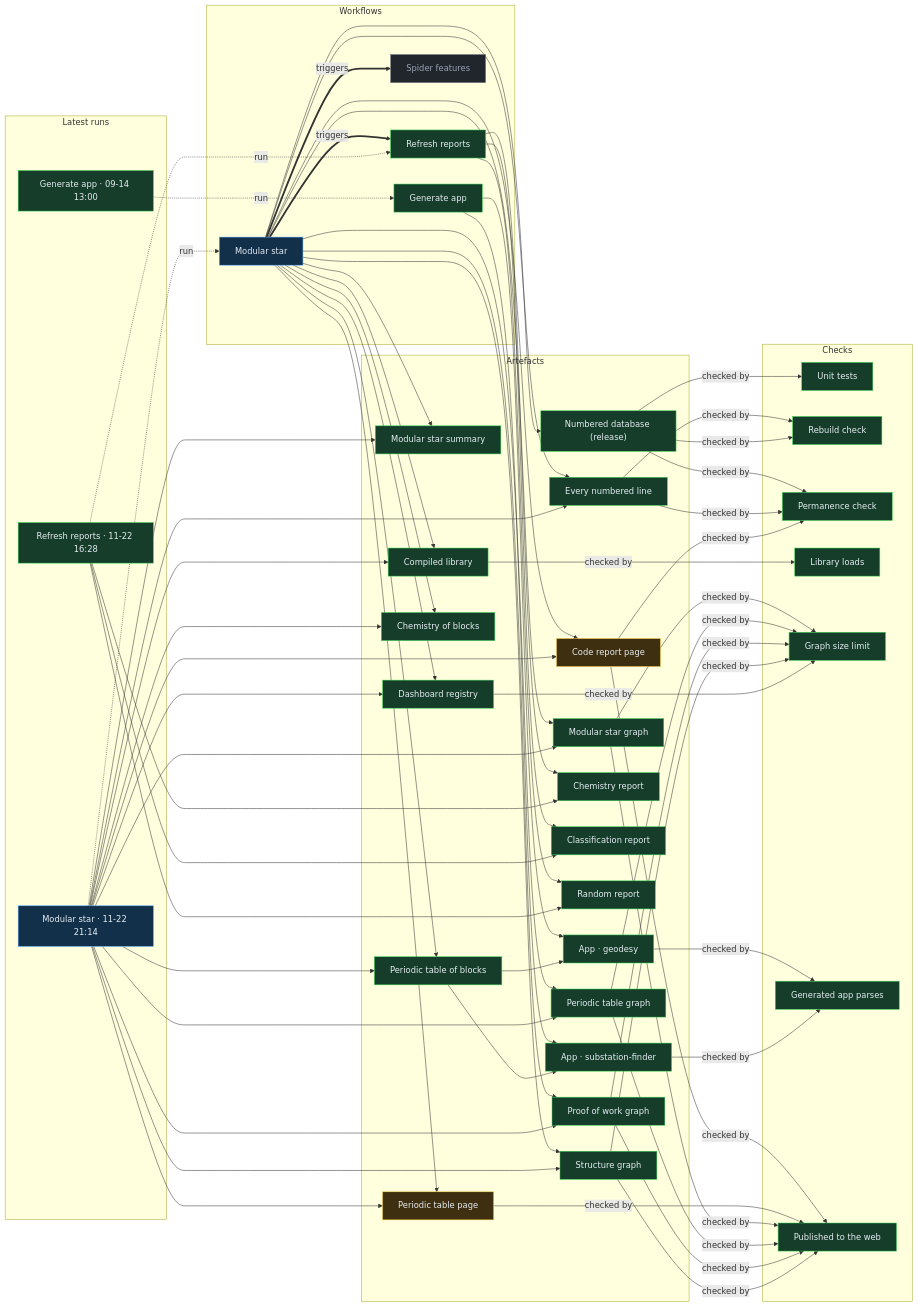
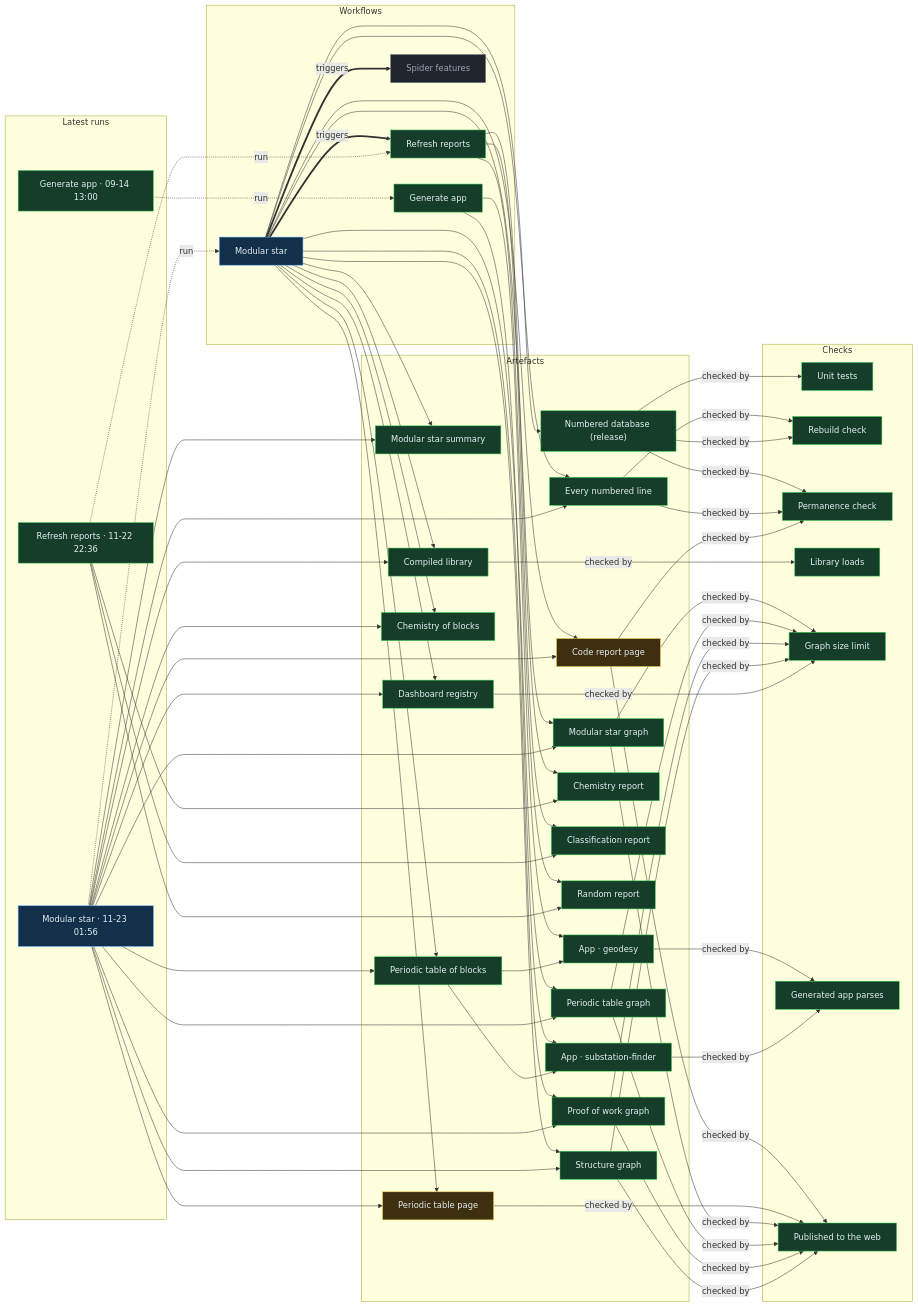
One commit to Ventusltd/stars changed the diagram in proof/PROOF.md. Above: the diagram before and after it, drawn with Mermaid. The commit also changed other lines of this file and 261 other files, not shown here.

Commit message:
Modular star 2026-11-23T01:59Z

```diff
--- a/proof/PROOF.md
+++ b/proof/PROOF.md
@@ -24,8 +24,8 @@
   n_wf_spider_features["Spider features"]:::off
   end
   subgraph g_runs["Latest runs"]
-  n_run_45071024539["Modular star · 11-22 21:14"]:::live
-  n_run_45044054753["Refresh reports · 11-22 16:28"]:::ok
+  n_run_45097378110["Modular star · 11-23 01:56"]:::live
+  n_run_45078682605["Refresh reports · 11-22 22:36"]:::ok
   n_run_34846587798["Generate app · 09-14 13:00"]:::ok
   end
   subgraph g_artefacts["Artefacts"]
@@ -59,39 +59,39 @@
   end
   n_wf_modular_star == triggers ==> n_wf_refresh
   n_wf_modular_star == triggers ==> n_wf_spider_features
-  n_run_45071024539 -. run .-> n_wf_modular_star
-  n_run_45044054753 -. run .-> n_wf_refresh
+  n_run_45097378110 -. run .-> n_wf_modular_star
+  n_run_45078682605 -. run .-> n_wf_refresh
   n_run_34846587798 -. run .-> n_wf_generate
   n_wf_modular_star --> n_art_summary
-  n_run_45071024539 --> n_art_summary
+  n_run_45097378110 --> n_art_summary
   n_wf_modular_star --> n_art_lines
-  n_run_45071024539 --> n_art_lines
+  n_run_45097378110 --> n_art_lines
   n_wf_modular_star --> n_art_code
-  n_run_45071024539 --> n_art_code
+  n_run_45097378110 --> n_art_code
   n_wf_modular_star --> n_art_modular_graph
-  n_run_45071024539 --> n_art_modular_graph
+  n_run_45097378110 --> n_art_modular_graph
   n_wf_modular_star --> n_art_blocks
-  n_run_45071024539 --> n_art_blocks
+  n_run_45097378110 --> n_art_blocks
   n_wf_modular_star --> n_art_table
-  n_run_45071024539 --> n_art_table
+  n_run_45097378110 --> n_art_table
   n_wf_modular_star --> n_art_blocks_graph
-  n_run_45071024539 --> n_art_blocks_graph
+  n_run_45097378110 --> n_art_blocks_graph
   n_wf_modular_star --> n_art_reactions
-  n_run_45071024539 --> n_art_reactions
+  n_run_45097378110 --> n_art_reactions
   n_wf_modular_star --> n_art_library
-  n_run_45071024539 --> n_art_library
+  n_run_45097378110 --> n_art_library
   n_wf_modular_star --> n_art_features
-  n_run_45071024539 --> n_art_features
+  n_run_45097378110 --> n_art_features
   n_wf_modular_star --> n_art_proof
-  n_run_45071024539 --> n_art_proof
+  n_run_45097378110 --> n_art_proof
   n_wf_modular_star --> n_art_structure
-  n_run_45071024539 --> n_art_structure
+  n_run_45097378110 --> n_art_structure
   n_wf_refresh --> n_art_chemistry
-  n_run_45044054753 --> n_art_chemistry
+  n_run_45078682605 --> n_art_chemistry
   n_wf_refresh --> n_art_vedic
-  n_run_45044054753 --> n_art_vedic
+  n_run_45078682605 --> n_art_vedic
   n_wf_refresh --> n_art_random
-  n_run_45044054753 --> n_art_random
+  n_run_45078682605 --> n_art_random
   n_wf_modular_star --> n_art_release
   n_wf_generate --> n_app_geodesy
   n_art_blocks --> n_app_geodesy
```
